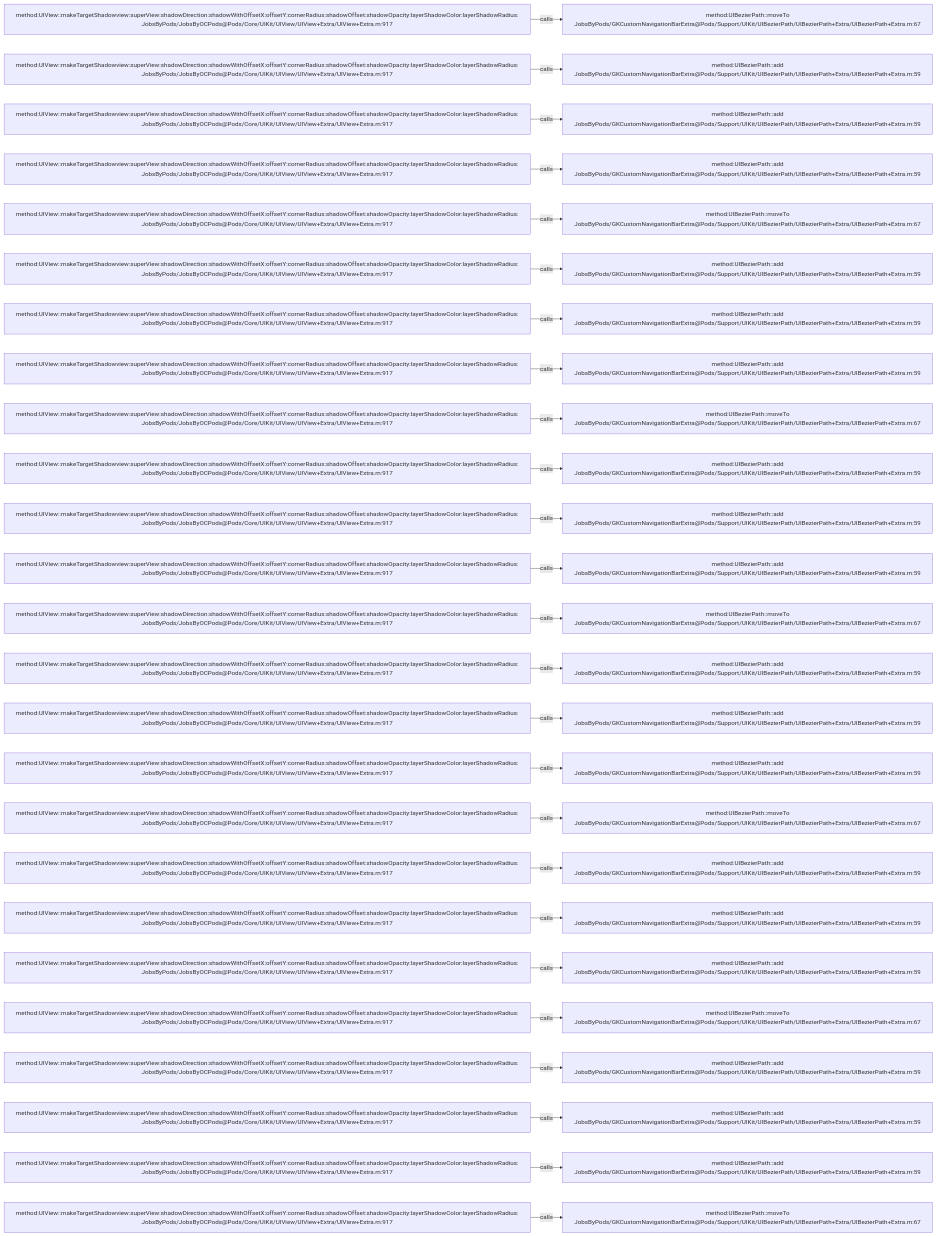
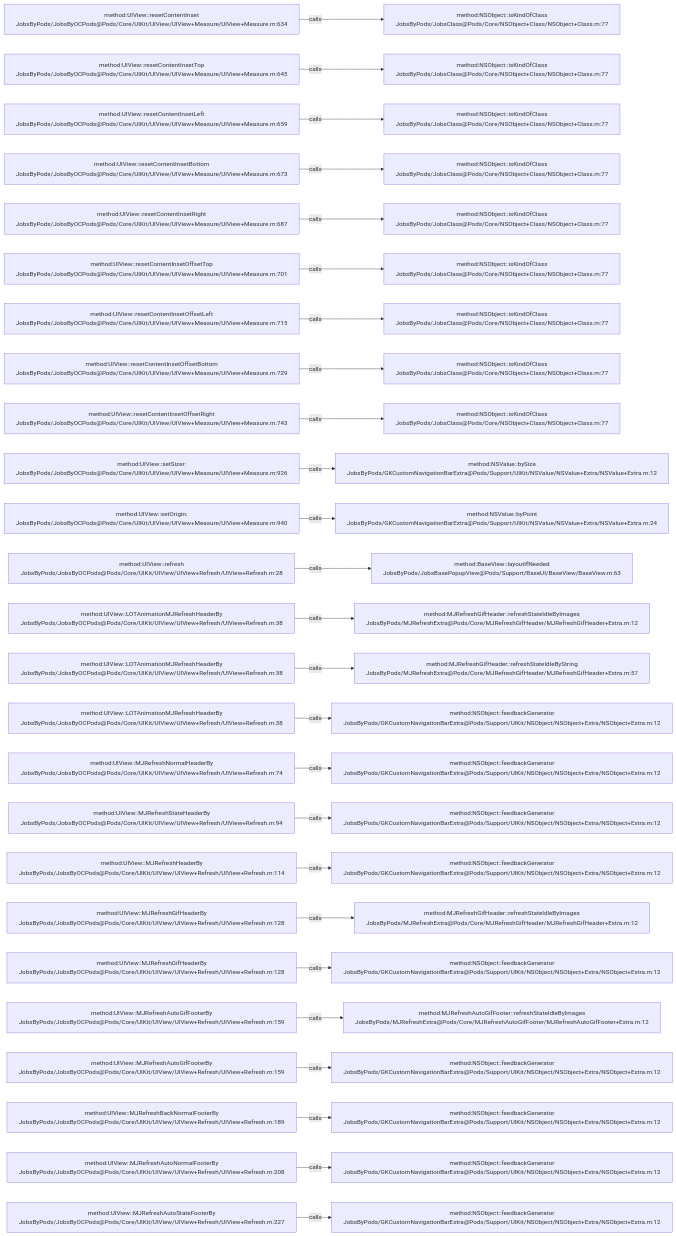
One commit to JobsKits/JobsOCBaseConfigDemo changed the diagram in .codegraph/codegraph.md/graphs/calls-066.md. Above: the diagram before and after it, drawn with Mermaid. The commit also changed 639 other files, not shown here.

````diff
--- a/.codegraph/codegraph.md/graphs/calls-066.md
+++ b/.codegraph/codegraph.md/graphs/calls-066.md
@@ -13,78 +13,78 @@
 ```mermaid
 flowchart LR
-  S1["method:UIView::makeTargetShadowview:superView:shadowDirection:shadowWithOffsetX:offsetY:cornerRadius:shadowOffset:shadowOpacity:layerShadowColor:layerShadowRadius:<br/>JobsByPods/JobsByOCPods@Pods/Core/UIKit/UIView/UIView+Extra/UIView+Extra.m:917"]
-  T1["method:UIBezierPath::moveTo<br/>JobsByPods/GKCustomNavigationBarExtra@Pods/Support/UIKit/UIBezierPath/UIBezierPath+Extra/UIBezierPath+Extra.m:67"]
+  S1["method:UIView::resetContentInset<br/>JobsByPods/JobsByOCPods@Pods/Core/UIKit/UIView/UIView+Measure/UIView+Measure.m:634"]
+  T1["method:NSObject::isKindOfClass<br/>JobsByPods/JobsClass@Pods/Core/NSObject+Class/NSObject+Class.m:77"]
   S1 -->|calls| T1
-  S2["method:UIView::makeTargetShadowview:superView:shadowDirection:shadowWithOffsetX:offsetY:cornerRadius:shadowOffset:shadowOpacity:layerShadowColor:layerShadowRadius:<br/>JobsByPods/JobsByOCPods@Pods/Core/UIKit/UIView/UIView+Extra/UIView+Extra.m:917"]
-  T2["method:UIBezierPath::add<br/>JobsByPods/GKCustomNavigationBarExtra@Pods/Support/UIKit/UIBezierPath/UIBezierPath+Extra/UIBezierPath+Extra.m:59"]
+  S2["method:UIView::resetContentInsetTop<br/>JobsByPods/JobsByOCPods@Pods/Core/UIKit/UIView/UIView+Measure/UIView+Measure.m:645"]
+  T2["method:NSObject::isKindOfClass<br/>JobsByPods/JobsClass@Pods/Core/NSObject+Class/NSObject+Class.m:77"]
   S2 -->|calls| T2
-  S3["method:UIView::makeTargetShadowview:superView:shadowDirection:shadowWithOffsetX:offsetY:cornerRadius:shadowOffset:shadowOpacity:layerShadowColor:layerShadowRadius:<br/>JobsByPods/JobsByOCPods@Pods/Core/UIKit/UIView/UIView+Extra/UIView+Extra.m:917"]
-  T3["method:UIBezierPath::add<br/>JobsByPods/GKCustomNavigationBarExtra@Pods/Support/UIKit/UIBezierPath/UIBezierPath+Extra/UIBezierPath+Extra.m:59"]
+  S3["method:UIView::resetContentInsetLeft<br/>JobsByPods/JobsByOCPods@Pods/Core/UIKit/UIView/UIView+Measure/UIView+Measure.m:659"]
+  T3["method:NSObject::isKindOfClass<br/>JobsByPods/JobsClass@Pods/Core/NSObject+Class/NSObject+Class.m:77"]
   S3 -->|calls| T3
-  S4["method:UIView::makeTargetShadowview:superView:shadowDirection:shadowWithOffsetX:offsetY:cornerRadius:shadowOffset:shadowOpacity:layerShadowColor:layerShadowRadius:<br/>JobsByPods/JobsByOCPods@Pods/Core/UIKit/UIView/UIView+Extra/UIView+Extra.m:917"]
-  T4["method:UIBezierPath::add<br/>JobsByPods/GKCustomNavigationBarExtra@Pods/Support/UIKit/UIBezierPath/UIBezierPath+Extra/UIBezierPath+Extra.m:59"]
+  S4["method:UIView::resetContentInsetBottom<br/>JobsByPods/JobsByOCPods@Pods/Core/UIKit/UIView/UIView+Measure/UIView+Measure.m:673"]
+  T4["method:NSObject::isKindOfClass<br/>JobsByPods/JobsClass@Pods/Core/NSObject+Class/NSObject+Class.m:77"]
   S4 -->|calls| T4
-  S5["method:UIView::makeTargetShadowview:superView:shadowDirection:shadowWithOffsetX:offsetY:cornerRadius:shadowOffset:shadowOpacity:layerShadowColor:layerShadowRadius:<br/>JobsByPods/JobsByOCPods@Pods/Core/UIKit/UIView/UIView+Extra/UIView+Extra.m:917"]
-  T5["method:UIBezierPath::moveTo<br/>JobsByPods/GKCustomNavigationBarExtra@Pods/Support/UIKit/UIBezierPath/UIBezierPath+Extra/UIBezierPath+Extra.m:67"]
+  S5["method:UIView::resetContentInsetRight<br/>JobsByPods/JobsByOCPods@Pods/Core/UIKit/UIView/UIView+Measure/UIView+Measure.m:687"]
+  T5["method:NSObject::isKindOfClass<br/>JobsByPods/JobsClass@Pods/Core/NSObject+Class/NSObject+Class.m:77"]
   S5 -->|calls| T5
-  S6["method:UIView::makeTargetShadowview:superView:shadowDirection:shadowWithOffsetX:offsetY:cornerRadius:shadowOffset:shadowOpacity:layerShadowColor:layerShadowRadius:<br/>JobsByPods/JobsByOCPods@Pods/Core/UIKit/UIView/UIView+Extra/UIView+Extra.m:917"]
-  T6["method:UIBezierPath::add<br/>JobsByPods/GKCustomNavigationBarExtra@Pods/Support/UIKit/UIBezierPath/UIBezierPath+Extra/UIBezierPath+Extra.m:59"]
+  S6["method:UIView::resetContentInsetOffsetTop<br/>JobsByPods/JobsByOCPods@Pods/Core/UIKit/UIView/UIView+Measure/UIView+Measure.m:701"]
+  T6["method:NSObject::isKindOfClass<br/>JobsByPods/JobsClass@Pods/Core/NSObject+Class/NSObject+Class.m:77"]
   S6 -->|calls| T6
-  S7["method:UIView::makeTargetShadowview:superView:shadowDirection:shadowWithOffsetX:offsetY:cornerRadius:shadowOffset:shadowOpacity:layerShadowColor:layerShadowRadius:<br/>JobsByPods/JobsByOCPods@Pods/Core/UIKit/UIView/UIView+Extra/UIView+Extra.m:917"]
-  T7["method:UIBezierPath::add<br/>JobsByPods/GKCustomNavigationBarExtra@Pods/Support/UIKit/UIBezierPath/UIBezierPath+Extra/UIBezierPath+Extra.m:59"]
+  S7["method:UIView::resetContentInsetOffsetLeft<br/>JobsByPods/JobsByOCPods@Pods/Core/UIKit/UIView/UIView+Measure/UIView+Measure.m:715"]
+  T7["method:NSObject::isKindOfClass<br/>JobsByPods/JobsClass@Pods/Core/NSObject+Class/NSObject+Class.m:77"]
   S7 -->|calls| T7
-  S8["method:UIView::makeTargetShadowview:superView:shadowDirection:shadowWithOffsetX:offsetY:cornerRadius:shadowOffset:shadowOpacity:layerShadowColor:layerShadowRadius:<br/>JobsByPods/JobsByOCPods@Pods/Core/UIKit/UIView/UIView+Extra/UIView+Extra.m:917"]
-  T8["method:UIBezierPath::add<br/>JobsByPods/GKCustomNavigationBarExtra@Pods/Support/UIKit/UIBezierPath/UIBezierPath+Extra/UIBezierPath+Extra.m:59"]
+  S8["method:UIView::resetContentInsetOffsetBottom<br/>JobsByPods/JobsByOCPods@Pods/Core/UIKit/UIView/UIView+Measure/UIView+Measure.m:729"]
+  T8["method:NSObject::isKindOfClass<br/>JobsByPods/JobsClass@Pods/Core/NSObject+Class/NSObject+Class.m:77"]
   S8 -->|calls| T8
-  S9["method:UIView::makeTargetShadowview:superView:shadowDirection:shadowWithOffsetX:offsetY:cornerRadius:shadowOffset:shadowOpacity:layerShadowColor:layerShadowRadius:<br/>JobsByPods/JobsByOCPods@Pods/Core/UIKit/UIView/UIView+Extra/UIView+Extra.m:917"]
-  T9["method:UIBezierPath::moveTo<br/>JobsByPods/GKCustomNavigationBarExtra@Pods/Support/UIKit/UIBezierPath/UIBezierPath+Extra/UIBezierPath+Extra.m:67"]
+  S9["method:UIView::resetContentInsetOffsetRight<br/>JobsByPods/JobsByOCPods@Pods/Core/UIKit/UIView/UIView+Measure/UIView+Measure.m:743"]
+  T9["method:NSObject::isKindOfClass<br/>JobsByPods/JobsClass@Pods/Core/NSObject+Class/NSObject+Class.m:77"]
   S9 -->|calls| T9
-  S10["method:UIView::makeTargetShadowview:superView:shadowDirection:shadowWithOffsetX:offsetY:cornerRadius:shadowOffset:shadowOpacity:layerShadowColor:layerShadowRadius:<br/>JobsByPods/JobsByOCPods@Pods/Core/UIKit/UIView/UIView+Extra/UIView+Extra.m:917"]
-  T10["method:UIBezierPath::add<br/>JobsByPods/GKCustomNavigationBarExtra@Pods/Support/UIKit/UIBezierPath/UIBezierPath+Extra/UIBezierPath+Extra.m:59"]
+  S10["method:UIView::setSizer:<br/>JobsByPods/JobsByOCPods@Pods/Core/UIKit/UIView/UIView+Measure/UIView+Measure.m:926"]
+  T10["method:NSValue::bySize<br/>JobsByPods/GKCustomNavigationBarExtra@Pods/Support/UIKit/NSValue/NSValue+Extra/NSValue+Extra.m:12"]
   S10 -->|calls| T10
-  S11["method:UIView::makeTargetShadowview:superView:shadowDirection:shadowWithOffsetX:offsetY:cornerRadius:shadowOffset:shadowOpacity:layerShadowColor:layerShadowRadius:<br/>JobsByPods/JobsByOCPods@Pods/Core/UIKit/UIView/UIView+Extra/UIView+Extra.m:917"]
-  T11["method:UIBezierPath::add<br/>JobsByPods/GKCustomNavigationBarExtra@Pods/Support/UIKit/UIBezierPath/UIBezierPath+Extra/UIBezierPath+Extra.m:59"]
+  S11["method:UIView::setOrigin:<br/>JobsByPods/JobsByOCPods@Pods/Core/UIKit/UIView/UIView+Measure/UIView+Measure.m:940"]
+  T11["method:NSValue::byPoint<br/>JobsByPods/GKCustomNavigationBarExtra@Pods/Support/UIKit/NSValue/NSValue+Extra/NSValue+Extra.m:24"]
   S11 -->|calls| T11
-  S12["method:UIView::makeTargetShadowview:superView:shadowDirection:shadowWithOffsetX:offsetY:cornerRadius:shadowOffset:shadowOpacity:layerShadowColor:layerShadowRadius:<br/>JobsByPods/JobsByOCPods@Pods/Core/UIKit/UIView/UIView+Extra/UIView+Extra.m:917"]
-  T12["method:UIBezierPath::add<br/>JobsByPods/GKCustomNavigationBarExtra@Pods/Support/UIKit/UIBezierPath/UIBezierPath+Extra/UIBezierPath+Extra.m:59"]
+  S12["method:UIView::refresh<br/>JobsByPods/JobsByOCPods@Pods/Core/UIKit/UIView/UIView+Refresh/UIView+Refresh.m:28"]
+  T12["method:BaseView::layoutIfNeeded<br/>JobsByPods/JobsBasePopupView@Pods/Support/BaseUI/BaseView/BaseView.m:63"]
   S12 -->|calls| T12
-  S13["method:UIView::makeTargetShadowview:superView:shadowDirection:shadowWithOffsetX:offsetY:cornerRadius:shadowOffset:shadowOpacity:layerShadowColor:layerShadowRadius:<br/>JobsByPods/JobsByOCPods@Pods/Core/UIKit/UIView/UIView+Extra/UIView+Extra.m:917"]
-  T13["method:UIBezierPath::moveTo<br/>JobsByPods/GKCustomNavigationBarExtra@Pods/Support/UIKit/UIBezierPath/UIBezierPath+Extra/UIBezierPath+Extra.m:67"]
+  S13["method:UIView::LOTAnimationMJRefreshHeaderBy<br/>JobsByPods/JobsByOCPods@Pods/Core/UIKit/UIView/UIView+Refresh/UIView+Refresh.m:38"]
+  T13["method:MJRefreshGifHeader::refreshStateIdleByImages<br/>JobsByPods/MJRefreshExtra@Pods/Core/MJRefreshGifHeader/MJRefreshGifHeader+Extra.m:12"]
   S13 -->|calls| T13
-  S14["method:UIView::makeTargetShadowview:superView:shadowDirection:shadowWithOffsetX:offsetY:cornerRadius:shadowOffset:shadowOpacity:layerShadowColor:layerShadowRadius:<br/>JobsByPods/JobsByOCPods@Pods/Core/UIKit/UIView/UIView+Extra/UIView+Extra.m:917"]
-  T14["method:UIBezierPath::add<br/>JobsByPods/GKCustomNavigationBarExtra@Pods/Support/UIKit/UIBezierPath/UIBezierPath+Extra/UIBezierPath+Extra.m:59"]
+  S14["method:UIView::LOTAnimationMJRefreshHeaderBy<br/>JobsByPods/JobsByOCPods@Pods/Core/UIKit/UIView/UIView+Refresh/UIView+Refresh.m:38"]
+  T14["method:MJRefreshGifHeader::refreshStateIdleByString<br/>JobsByPods/MJRefreshExtra@Pods/Core/MJRefreshGifHeader/MJRefreshGifHeader+Extra.m:57"]
   S14 -->|calls| T14
-  S15["method:UIView::makeTargetShadowview:superView:shadowDirection:shadowWithOffsetX:offsetY:cornerRadius:shadowOffset:shadowOpacity:layerShadowColor:layerShadowRadius:<br/>JobsByPods/JobsByOCPods@Pods/Core/UIKit/UIView/UIView+Extra/UIView+Extra.m:917"]
-  T15["method:UIBezierPath::add<br/>JobsByPods/GKCustomNavigationBarExtra@Pods/Support/UIKit/UIBezierPath/UIBezierPath+Extra/UIBezierPath+Extra.m:59"]
+  S15["method:UIView::LOTAnimationMJRefreshHeaderBy<br/>JobsByPods/JobsByOCPods@Pods/Core/UIKit/UIView/UIView+Refresh/UIView+Refresh.m:38"]
+  T15["method:NSObject::feedbackGenerator<br/>JobsByPods/GKCustomNavigationBarExtra@Pods/Support/UIKit/NSObject/NSObject+Extra/NSObject+Extra.m:12"]
   S15 -->|calls| T15
-  S16["method:UIView::makeTargetShadowview:superView:shadowDirection:shadowWithOffsetX:offsetY:cornerRadius:shadowOffset:shadowOpacity:layerShadowColor:layerShadowRadius:<br/>JobsByPods/JobsByOCPods@Pods/Core/UIKit/UIView/UIView+Extra/UIView+Extra.m:917"]
-  T16["method:UIBezierPath::add<br/>JobsByPods/GKCustomNavigationBarExtra@Pods/Support/UIKit/UIBezierPath/UIBezierPath+Extra/UIBezierPath+Extra.m:59"]
+  S16["method:UIView::MJRefreshNormalHeaderBy<br/>JobsByPods/JobsByOCPods@Pods/Core/UIKit/UIView/UIView+Refresh/UIView+Refresh.m:74"]
+  T16["method:NSObject::feedbackGenerator<br/>JobsByPods/GKCustomNavigationBarExtra@Pods/Support/UIKit/NSObject/NSObject+Extra/NSObject+Extra.m:12"]
   S16 -->|calls| T16
-  S17["method:UIView::makeTargetShadowview:superView:shadowDirection:shadowWithOffsetX:offsetY:cornerRadius:shadowOffset:shadowOpacity:layerShadowColor:layerShadowRadius:<br/>JobsByPods/JobsByOCPods@Pods/Core/UIKit/UIView/UIView+Extra/UIView+Extra.m:917"]
-  T17["method:UIBezierPath::moveTo<br/>JobsByPods/GKCustomNavigationBarExtra@Pods/Support/UIKit/UIBezierPath/UIBezierPath+Extra/UIBezierPath+Extra.m:67"]
+  S17["method:UIView::MJRefreshStateHeaderBy<br/>JobsByPods/JobsByOCPods@Pods/Core/UIKit/UIView/UIView+Refresh/UIView+Refresh.m:94"]
+  T17["method:NSObject::feedbackGenerator<br/>JobsByPods/GKCustomNavigationBarExtra@Pods/Support/UIKit/NSObject/NSObject+Extra/NSObject+Extra.m:12"]
   S17 -->|calls| T17
-  S18["method:UIView::makeTargetShadowview:superView:shadowDirection:shadowWithOffsetX:offsetY:cornerRadius:shadowOffset:shadowOpacity:layerShadowColor:layerShadowRadius:<br/>JobsByPods/JobsByOCPods@Pods/Core/UIKit/UIView/UIView+Extra/UIView+Extra.m:917"]
-  T18["method:UIBezierPath::add<br/>JobsByPods/GKCustomNavigationBarExtra@Pods/Support/UIKit/UIBezierPath/UIBezierPath+Extra/UIBezierPath+Extra.m:59"]
+  S18["method:UIView::MJRefreshHeaderBy<br/>JobsByPods/JobsByOCPods@Pods/Core/UIKit/UIView/UIView+Refresh/UIView+Refresh.m:114"]
+  T18["method:NSObject::feedbackGenerator<br/>JobsByPods/GKCustomNavigationBarExtra@Pods/Support/UIKit/NSObject/NSObject+Extra/NSObject+Extra.m:12"]
   S18 -->|calls| T18
-  S19["method:UIView::makeTargetShadowview:superView:shadowDirection:shadowWithOffsetX:offsetY:cornerRadius:shadowOffset:shadowOpacity:layerShadowColor:layerShadowRadius:<br/>JobsByPods/JobsByOCPods@Pods/Core/UIKit/UIView/UIView+Extra/UIView+Extra.m:917"]
-  T19["method:UIBezierPath::add<br/>JobsByPods/GKCustomNavigationBarExtra@Pods/Support/UIKit/UIBezierPath/UIBezierPath+Extra/UIBezierPath+Extra.m:59"]
+  S19["method:UIView::MJRefreshGifHeaderBy<br/>JobsByPods/JobsByOCPods@Pods/Core/UIKit/UIView/UIView+Refresh/UIView+Refresh.m:128"]
+  T19["method:MJRefreshGifHeader::refreshStateIdleByImages<br/>JobsByPods/MJRefreshExtra@Pods/Core/MJRefreshGifHeader/MJRefreshGifHeader+Extra.m:12"]
   S19 -->|calls| T19
-  S20["method:UIView::makeTargetShadowview:superView:shadowDirection:shadowWithOffsetX:offsetY:cornerRadius:shadowOffset:shadowOpacity:layerShadowColor:layerShadowRadius:<br/>JobsByPods/JobsByOCPods@Pods/Core/UIKit/UIView/UIView+Extra/UIView+Extra.m:917"]
-  T20["method:UIBezierPath::add<br/>JobsByPods/GKCustomNavigationBarExtra@Pods/Support/UIKit/UIBezierPath/UIBezierPath+Extra/UIBezierPath+Extra.m:59"]
+  S20["method:UIView::MJRefreshGifHeaderBy<br/>JobsByPods/JobsByOCPods@Pods/Core/UIKit/UIView/UIView+Refresh/UIView+Refresh.m:128"]
+  T20["method:NSObject::feedbackGenerator<br/>JobsByPods/GKCustomNavigationBarExtra@Pods/Support/UIKit/NSObject/NSObject+Extra/NSObject+Extra.m:12"]
   S20 -->|calls| T20
-  S21["method:UIView::makeTargetShadowview:superView:shadowDirection:shadowWithOffsetX:offsetY:cornerRadius:shadowOffset:shadowOpacity:layerShadowColor:layerShadowRadius:<br/>JobsByPods/JobsByOCPods@Pods/Core/UIKit/UIView/UIView+Extra/UIView+Extra.m:917"]
-  T21["method:UIBezierPath::moveTo<br/>JobsByPods/GKCustomNavigationBarExtra@Pods/Support/UIKit/UIBezierPath/UIBezierPath+Extra/UIBezierPath+Extra.m:67"]
+  S21["method:UIView::MJRefreshAutoGifFooterBy<br/>JobsByPods/JobsByOCPods@Pods/Core/UIKit/UIView/UIView+Refresh/UIView+Refresh.m:159"]
+  T21["method:MJRefreshAutoGifFooter::refreshStateIdleByImages<br/>JobsByPods/MJRefreshExtra@Pods/Core/MJRefreshAutoGifFooter/MJRefreshAutoGifFooter+Extra.m:12"]
   S21 -->|calls| T21
-  S22["method:UIView::makeTargetShadowview:superView:shadowDirection:shadowWithOffsetX:offsetY:cornerRadius:shadowOffset:shadowOpacity:layerShadowColor:layerShadowRadius:<br/>JobsByPods/JobsByOCPods@Pods/Core/UIKit/UIView/UIView+Extra/UIView+Extra.m:917"]
-  T22["method:UIBezierPath::add<br/>JobsByPods/GKCustomNavigationBarExtra@Pods/Support/UIKit/UIBezierPath/UIBezierPath+Extra/UIBezierPath+Extra.m:59"]
+  S22["method:UIView::MJRefreshAutoGifFooterBy<br/>JobsByPods/JobsByOCPods@Pods/Core/UIKit/UIView/UIView+Refresh/UIView+Refresh.m:159"]
+  T22["method:NSObject::feedbackGenerator<br/>JobsByPods/GKCustomNavigationBarExtra@Pods/Support/UIKit/NSObject/NSObject+Extra/NSObject+Extra.m:12"]
   S22 -->|calls| T22
-  S23["method:UIView::makeTargetShadowview:superView:shadowDirection:shadowWithOffsetX:offsetY:cornerRadius:shadowOffset:shadowOpacity:layerShadowColor:layerShadowRadius:<br/>JobsByPods/JobsByOCPods@Pods/Core/UIKit/UIView/UIView+Extra/UIView+Extra.m:917"]
-  T23["method:UIBezierPath::add<br/>JobsByPods/GKCustomNavigationBarExtra@Pods/Support/UIKit/UIBezierPath/UIBezierPath+Extra/UIBezierPath+Extra.m:59"]
+  S23["method:UIView::MJRefreshBackNormalFooterBy<br/>JobsByPods/JobsByOCPods@Pods/Core/UIKit/UIView/UIView+Refresh/UIView+Refresh.m:189"]
+  T23["method:NSObject::feedbackGenerator<br/>JobsByPods/GKCustomNavigationBarExtra@Pods/Support/UIKit/NSObject/NSObject+Extra/NSObject+Extra.m:12"]
   S23 -->|calls| T23
-  S24["method:UIView::makeTargetShadowview:superView:shadowDirection:shadowWithOffsetX:offsetY:cornerRadius:shadowOffset:shadowOpacity:layerShadowColor:layerShadowRadius:<br/>JobsByPods/JobsByOCPods@Pods/Core/UIKit/UIView/UIView+Extra/UIView+Extra.m:917"]
-  T24["method:UIBezierPath::add<br/>JobsByPods/GKCustomNavigationBarExtra@Pods/Support/UIKit/UIBezierPath/UIBezierPath+Extra/UIBezierPath+Extra.m:59"]
+  S24["method:UIView::MJRefreshAutoNormalFooterBy<br/>JobsByPods/JobsByOCPods@Pods/Core/UIKit/UIView/UIView+Refresh/UIView+Refresh.m:208"]
+  T24["method:NSObject::feedbackGenerator<br/>JobsByPods/GKCustomNavigationBarExtra@Pods/Support/UIKit/NSObject/NSObject+Extra/NSObject+Extra.m:12"]
   S24 -->|calls| T24
-  S25["method:UIView::makeTargetShadowview:superView:shadowDirection:shadowWithOffsetX:offsetY:cornerRadius:shadowOffset:shadowOpacity:layerShadowColor:layerShadowRadius:<br/>JobsByPods/JobsByOCPods@Pods/Core/UIKit/UIView/UIView+Extra/UIView+Extra.m:917"]
-  T25["method:UIBezierPath::moveTo<br/>JobsByPods/GKCustomNavigationBarExtra@Pods/Support/UIKit/UIBezierPath/UIBezierPath+Extra/UIBezierPath+Extra.m:67"]
+  S25["method:UIView::MJRefreshAutoStateFooterBy<br/>JobsByPods/JobsByOCPods@Pods/Core/UIKit/UIView/UIView+Refresh/UIView+Refresh.m:227"]
+  T25["method:NSObject::feedbackGenerator<br/>JobsByPods/GKCustomNavigationBarExtra@Pods/Support/UIKit/NSObject/NSObject+Extra/NSObject+Extra.m:12"]
   S25 -->|calls| T25
 ```
````
